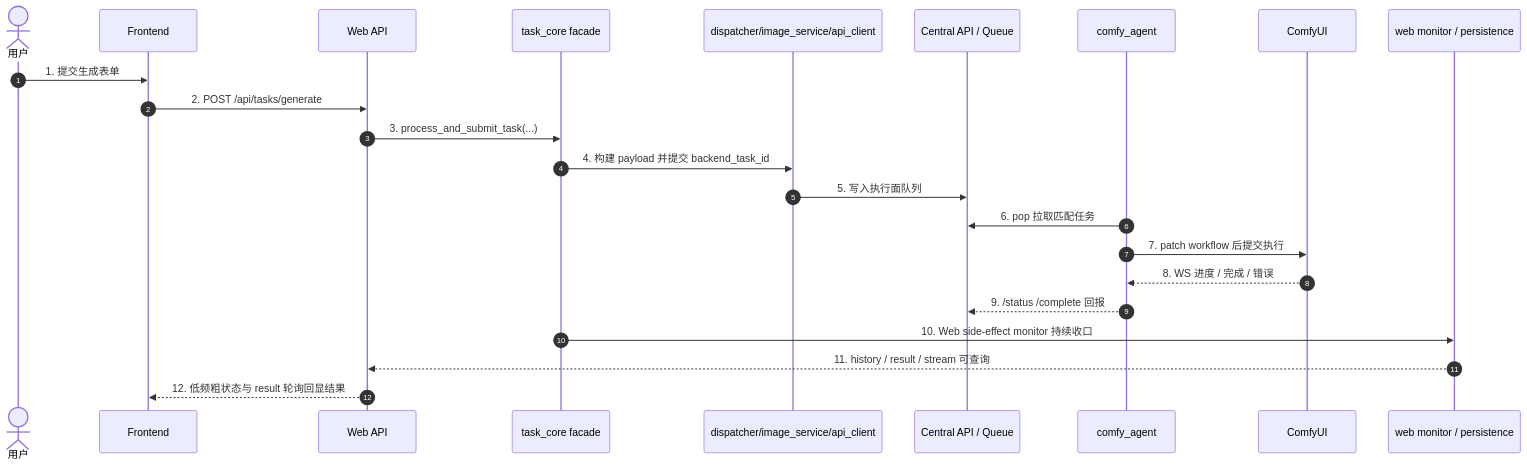
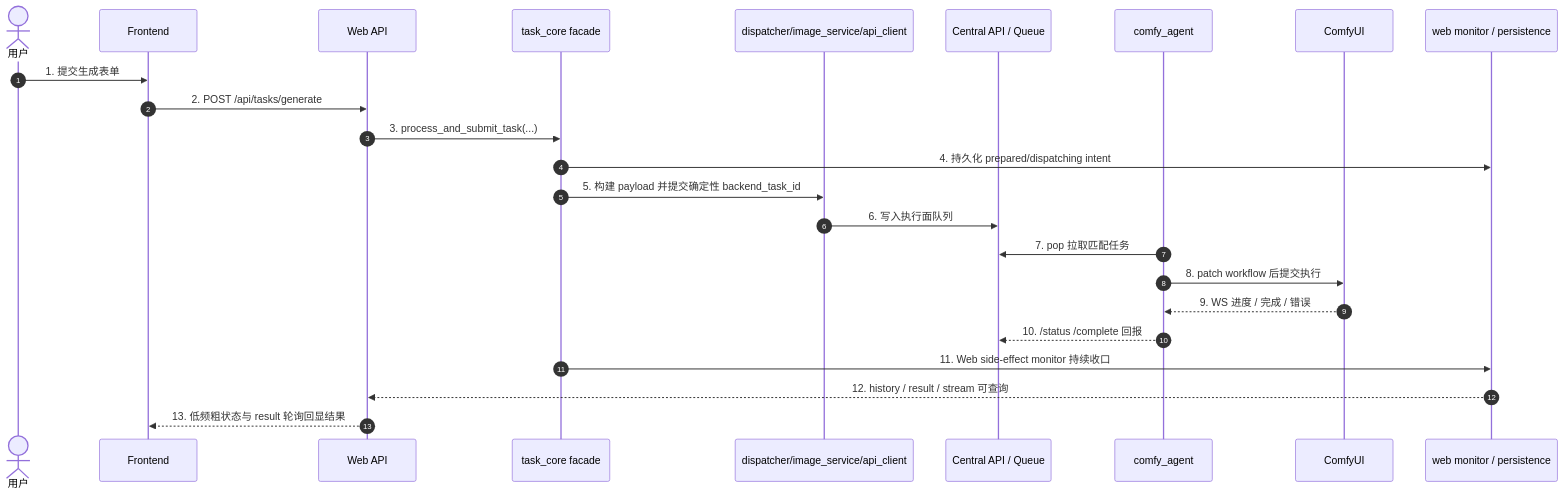
The diagram in docs/子模块_生成任务全链路_task_full_chain.md (giraffu/All_bot), drawn with Mermaid before and after one commit. The commit also changed other lines of this file and 21 other files, not shown here.

Commit message:
fix(task): persist web submission intent before dispatch

````diff
--- a/docs/子模块_生成任务全链路_task_full_chain.md
+++ b/docs/子模块_生成任务全链路_task_full_chain.md
@@ -53,26 +53,27 @@
 ```mermaid
 sequenceDiagram
     autonumber
     actor U as 用户
     participant FE as Frontend
     participant API as Web API
     participant Core as task_core facade
     participant Dispatch as dispatcher/image_service/api_client
     participant CAPI as Central API / Queue
     participant Agent as comfy_agent
     participant Comfy as ComfyUI
     participant Monitor as web monitor / persistence
 
     U->>FE: 1. 提交生成表单
     FE->>API: 2. POST /api/tasks/generate
     API->>Core: 3. process_and_submit_task(...)
-    Core->>Dispatch: 4. 构建 payload 并提交 backend_task_id
-    Dispatch->>CAPI: 5. 写入执行面队列
-    Agent->>CAPI: 6. pop 拉取匹配任务
-    Agent->>Comfy: 7. patch workflow 后提交执行
-    Comfy-->>Agent: 8. WS 进度 / 完成 / 错误
-    Agent-->>CAPI: 9. /status /complete 回报
-    Core->>Monitor: 10. Web side-effect monitor 持续收口
-    Monitor-->>API: 11. history / result / stream 可查询
-    API-->>FE: 12. 低频粗状态与 result 轮询回显结果
+    Core->>Monitor: 4. 持久化 prepared/dispatching intent
+    Core->>Dispatch: 5. 构建 payload 并提交确定性 backend_task_id
+    Dispatch->>CAPI: 6. 写入执行面队列
+    Agent->>CAPI: 7. pop 拉取匹配任务
+    Agent->>Comfy: 8. patch workflow 后提交执行
+    Comfy-->>Agent: 9. WS 进度 / 完成 / 错误
+    Agent-->>CAPI: 10. /status /complete 回报
+    Core->>Monitor: 11. Web side-effect monitor 持续收口
+    Monitor-->>API: 12. history / result / stream 可查询
+    API-->>FE: 13. 低频粗状态与 result 轮询回显结果
 ```
````
